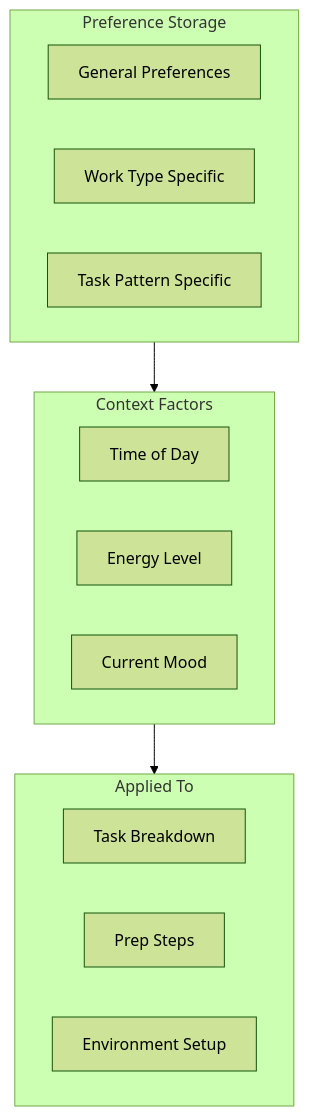
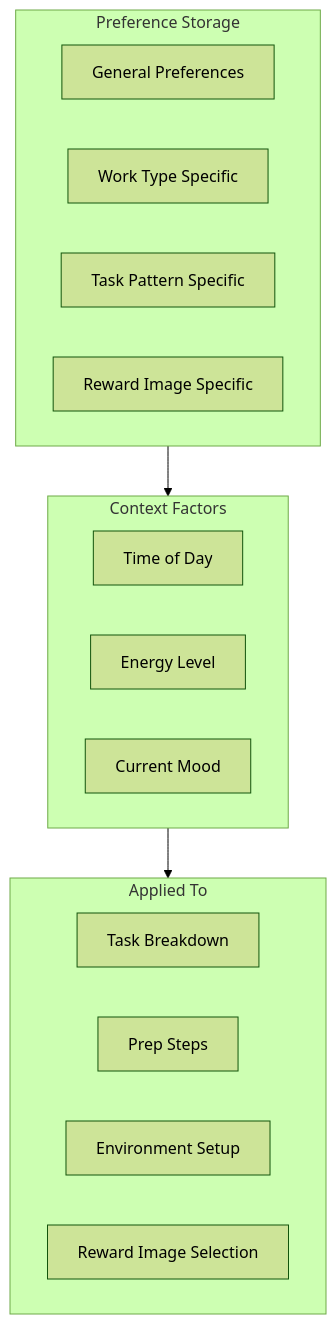
One commit to NickBorgersProbably/hide-my-list changed the second of 10 diagrams in docs/user-preferences.md. Above: the diagram before and after it, drawn with Mermaid (forest theme). The commit also changed other lines of this file and 2 other files, not shown here.

````diff
--- a/docs/user-preferences.md
+++ b/docs/user-preferences.md
@@ -40,23 +40,25 @@
 ```mermaid
 flowchart TB
     subgraph Storage["Preference Storage"]
         General[General Preferences]
         WorkType[Work Type Specific]
         TaskPattern[Task Pattern Specific]
+        RewardImage[Reward Image Specific]
     end
 
     subgraph Context["Context Factors"]
         TimeOfDay[Time of Day]
         Energy[Energy Level]
         Mood[Current Mood]
     end
 
     subgraph Application["Applied To"]
         Breakdown[Task Breakdown]
         Prep[Prep Steps]
         Environment[Environment Setup]
+        Rewards[Reward Image Selection]
     end
 
     Storage --> Context
     Context --> Application
 ```
````
